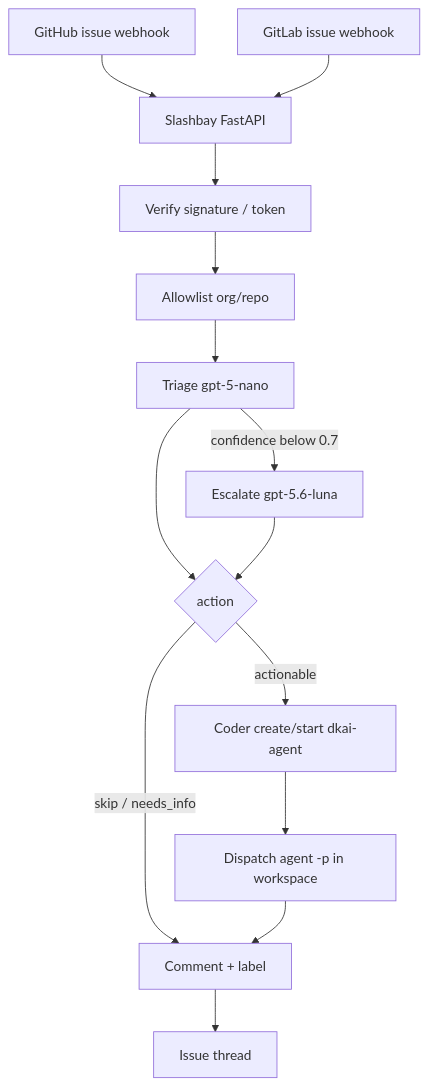
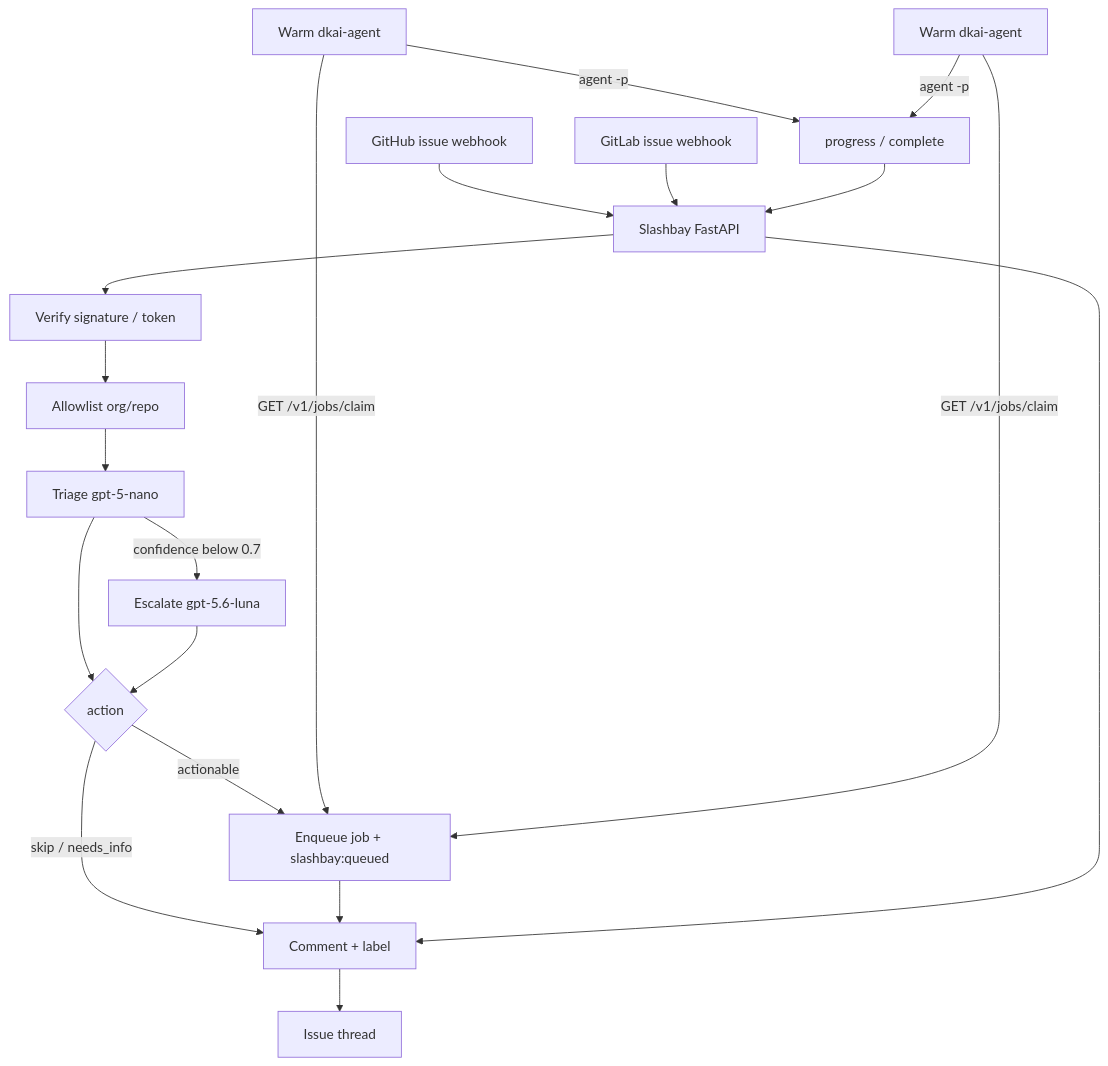
One commit to DataKnifeAI/slashbay changed the first of 2 diagrams in README.md. Above: the diagram before and after it, drawn with Mermaid. The commit also changed other lines of this file and 23 other files, not shown here.

First line of the commit message:
feat: add pull jobs API for warm agents

````diff
--- a/README.md
+++ b/README.md
@@ -20,16 +22,21 @@
 ```mermaid
 flowchart TD
     GH[GitHub issue webhook] --> SB[Slashbay FastAPI]
     GL[GitLab issue webhook] --> SB
     SB --> V[Verify signature / token]
     V --> A[Allowlist org/repo]
     A --> T[Triage gpt-5-nano]
     T -->|confidence below 0.7| L[Escalate gpt-5.6-luna]
     T --> D{action}
     L --> D
     D -->|skip / needs_info| C[Comment + label]
-    D -->|actionable| CW[Coder create/start dkai-agent]
-    CW --> P["Dispatch agent -p in workspace"]
-    P --> C
+    D -->|actionable| Q[Enqueue job + slashbay:queued]
+    Q --> C
+    W1[Warm dkai-agent] -->|GET /v1/jobs/claim| Q
+    W2[Warm dkai-agent] -->|GET /v1/jobs/claim| Q
+    W1 -->|agent -p| P[progress / complete]
+    W2 -->|agent -p| P
+    P --> SB
+    SB --> C
     C --> ISS[Issue thread]
 ```
````
